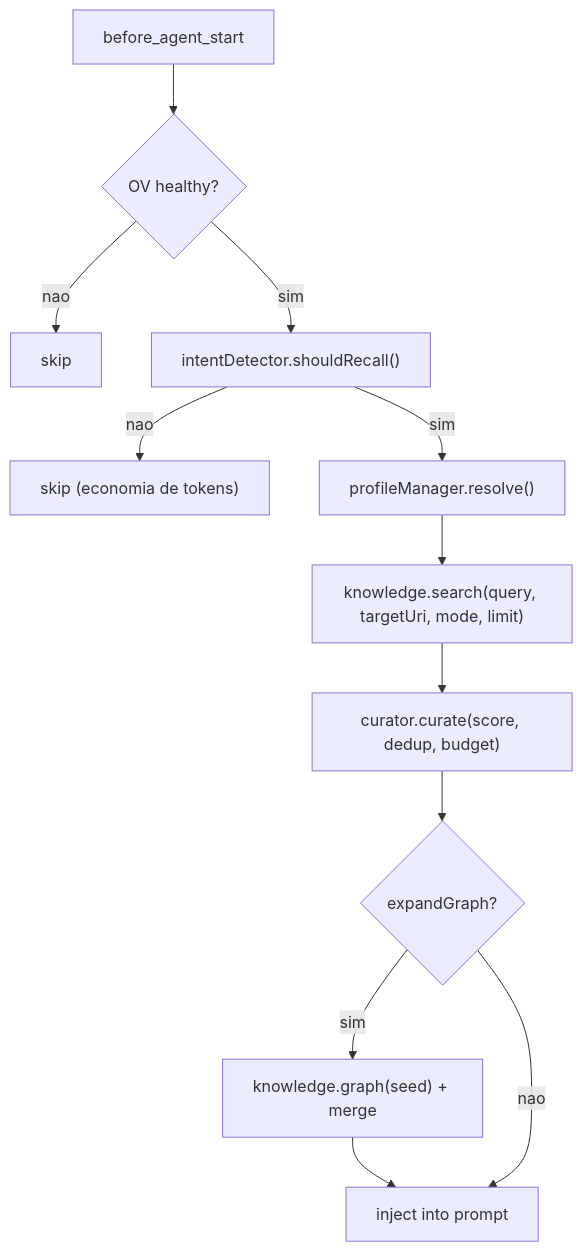
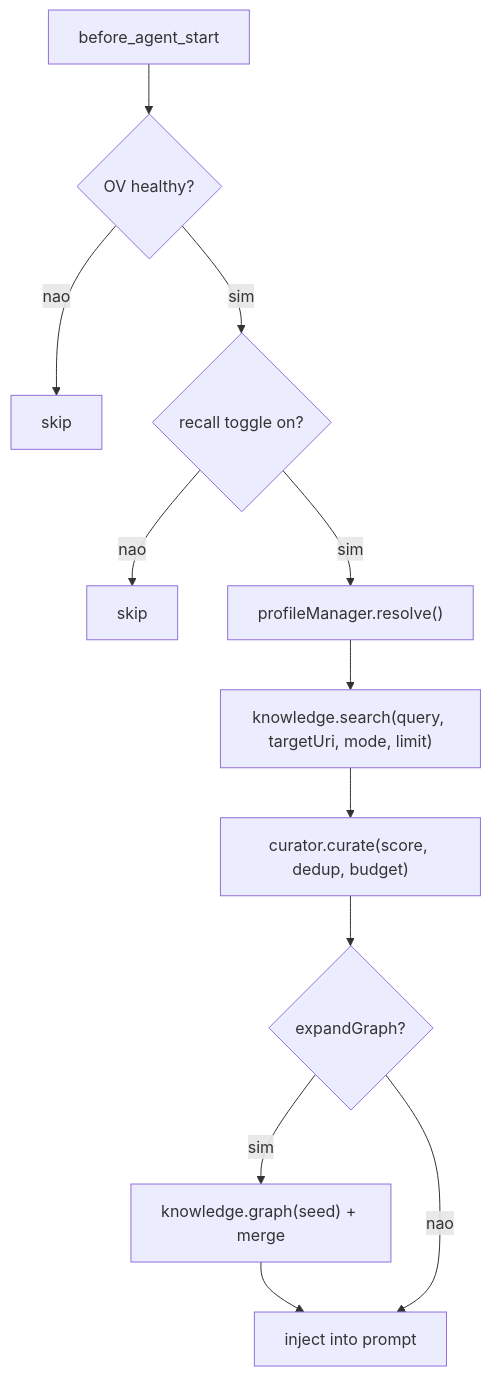
The second of 4 diagrams in docs/01-ARQUITETURA.md (4cya/pi-openviking), drawn with Mermaid before and after one commit. The commit also changed other lines of this file and 5 other files, not shown here.

Commit message:
Refactor recall mechanism: replace intent detection with user-controlled recall toggle

````diff
--- a/docs/01-ARQUITETURA.md
+++ b/docs/01-ARQUITETURA.md
@@ -414,14 +403,14 @@
 ```mermaid
 flowchart TD
     A["before_agent_start"] --> B{"OV healthy?"}
     B -->|"nao"| C["skip"]
-    B -->|"sim"| D["intentDetector.shouldRecall()"]
-    D -->|"nao"| E["skip (economia de tokens)"]
+    B -->|"sim"| D{"recall toggle on?"}
+    D -->|"nao"| E["skip"]
     D -->|"sim"| F["profileManager.resolve()"]
     F --> G["knowledge.search(query, targetUri, mode, limit)"]
     G --> H["curator.curate(score, dedup, budget)"]
     H --> I{"expandGraph?"}
     I -->|"sim"| J["knowledge.graph(seed) + merge"]
     J --> K["inject <relevant-memories> into prompt"]
     I -->|"nao"| K
 ```
````
